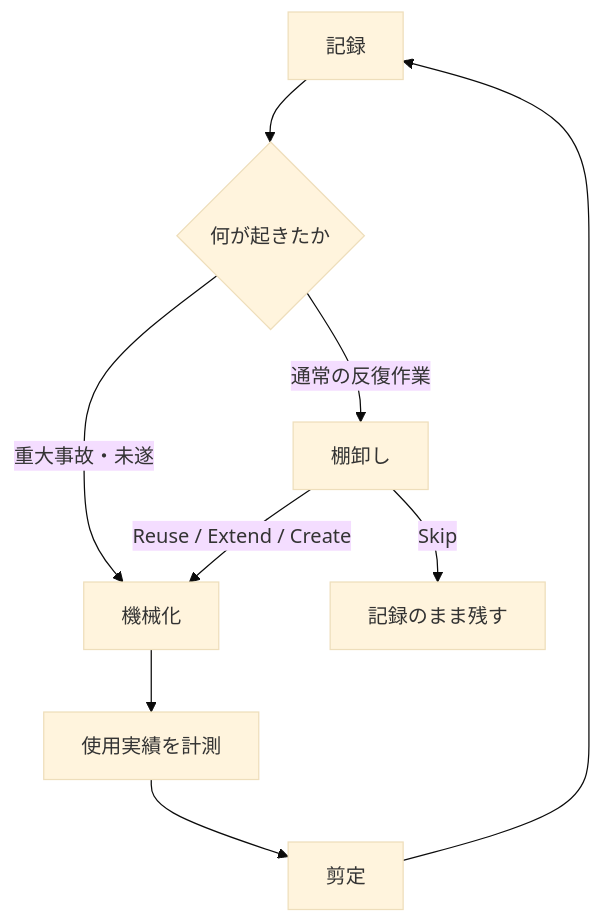
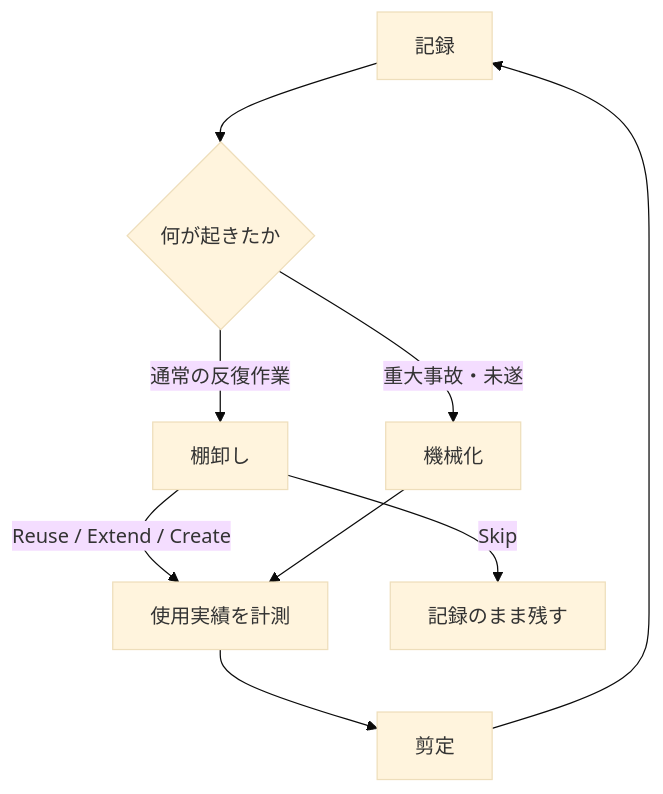
Before and after one commit to s977043/my-blog: the diagram in articles/ai-agent-self-improvement-loop-design.md, drawn with Mermaid (base theme).

````diff
--- a/articles/ai-agent-self-improvement-loop-design.md
+++ b/articles/ai-agent-self-improvement-loop-design.md
@@ -67,11 +67,11 @@
 ```mermaid
 flowchart TD
     A[記録] --> B{何が起きたか}
     B -->|通常の反復作業| C[棚卸し]
     B -->|重大事故・未遂| D[機械化]
-    C -->|Reuse / Extend / Create| D
+    C -->|Reuse / Extend / Create| F[使用実績を計測]
     C -->|Skip| E[記録のまま残す]
-    D --> F[使用実績を計測]
+    D --> F
     F --> G[剪定]
     G --> A
 ```
````
